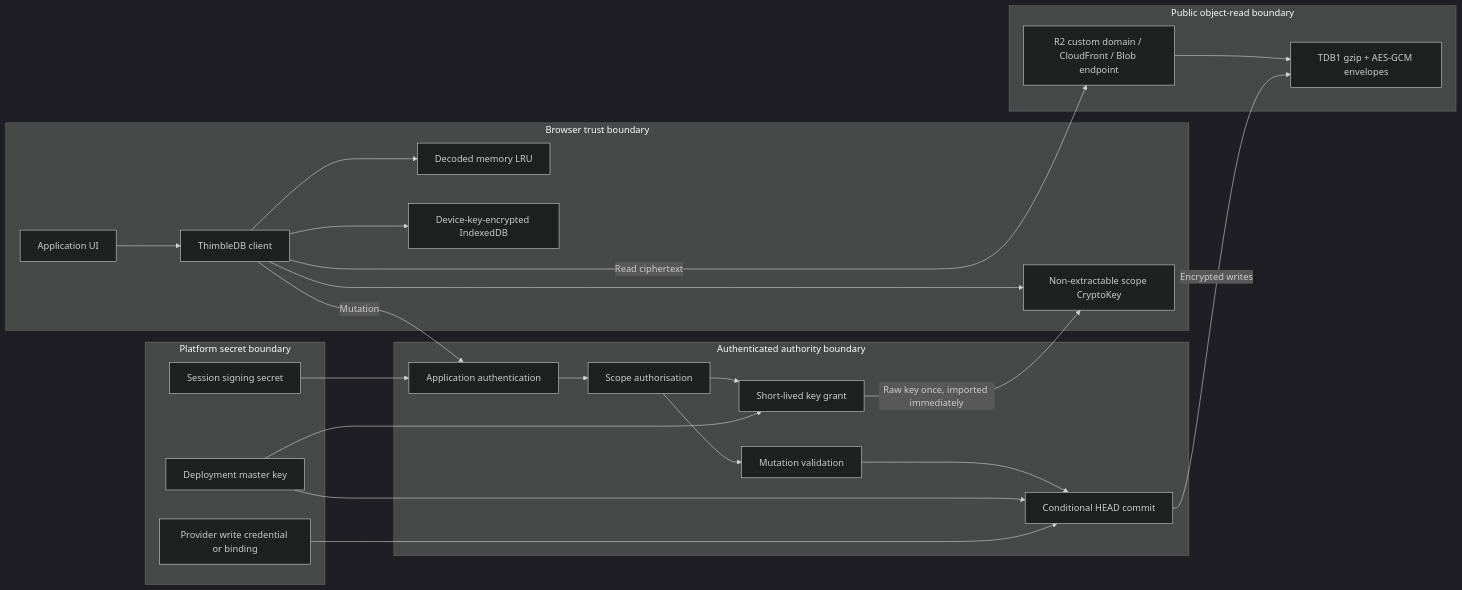
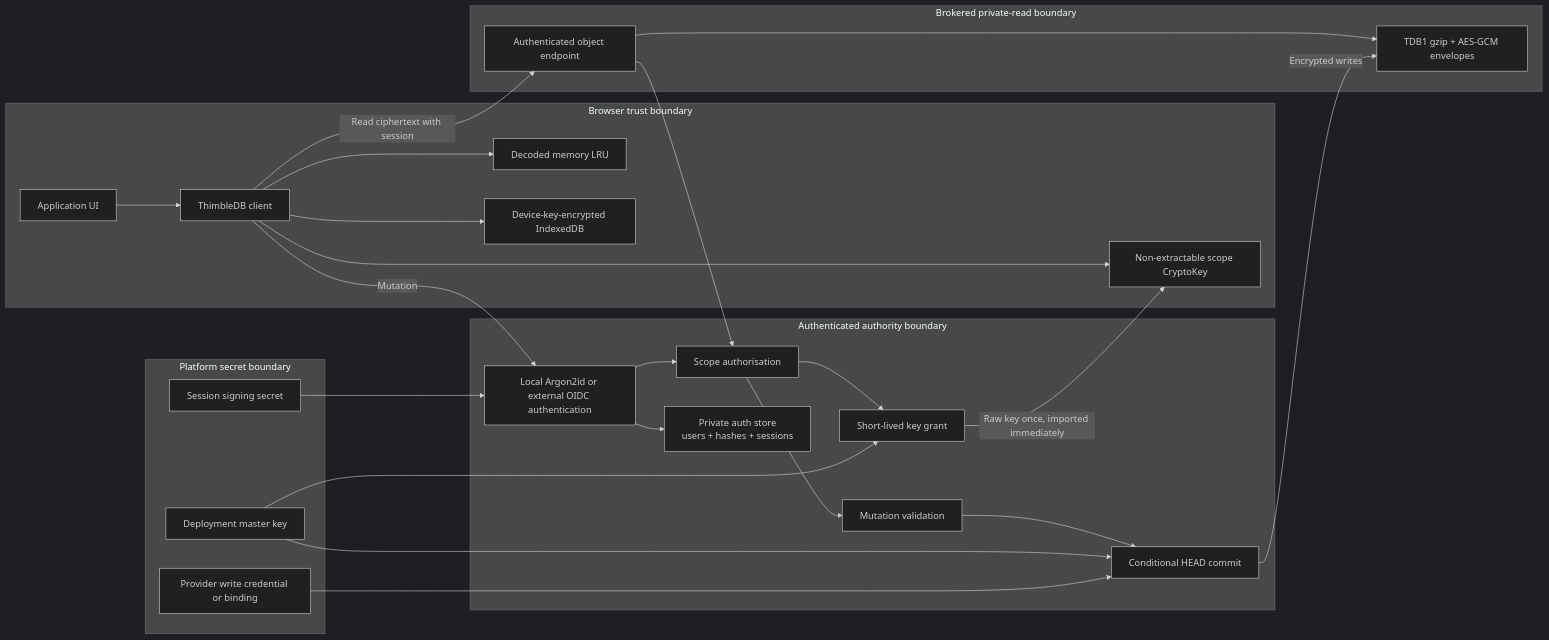
One commit to Jason-Doyle/thimble changed the first of 7 diagrams in docs/DIAGRAMS.md. Above: the diagram before and after it, drawn with Mermaid (dark theme). The commit also changed other lines of this file and 47 other files, not shown here.

First line of the commit message:
Add secure local and Entra authentication

````diff
--- a/docs/DIAGRAMS.md
+++ b/docs/DIAGRAMS.md
@@ -7,49 +7,52 @@
 ```mermaid
 flowchart LR
   subgraph Browser["Browser trust boundary"]
     UI["Application UI"]
     Client["ThimbleDB client"]
     Memory["Decoded memory LRU"]
     IDB["Device-key-encrypted IndexedDB"]
     ScopeKey["Non-extractable scope CryptoKey"]
 
     UI --> Client
     Client --> Memory
     Client --> IDB
     Client --> ScopeKey
   end
 
-  subgraph PublicRead["Public object-read boundary"]
-    CDN["R2 custom domain / CloudFront / Blob endpoint"]
+  subgraph BrokeredRead["Brokered private-read boundary"]
+    CDN["Authenticated object endpoint"]
     Objects["TDB1 gzip + AES-GCM envelopes"]
     CDN --> Objects
   end
 
   subgraph Authority["Authenticated authority boundary"]
-    Auth["Application authentication"]
+    Auth["Local Argon2id or external OIDC authentication"]
     Authorise["Scope authorisation"]
     KeyGrant["Short-lived key grant"]
     Validate["Mutation validation"]
     Commit["Conditional HEAD commit"]
+    AuthStore["Private auth store<br/>users + hashes + sessions"]
 
+    Auth --> AuthStore
     Auth --> Authorise
     Authorise --> KeyGrant
     Authorise --> Validate
     Validate --> Commit
   end
 
   subgraph Secrets["Platform secret boundary"]
     Master["Deployment master key"]
     Session["Session signing secret"]
     WriteCreds["Provider write credential or binding"]
   end
 
-  Client -- "Read ciphertext" --> CDN
+  Client -- "Read ciphertext with session" --> CDN
+  CDN --> Authorise
   Client -- "Mutation" --> Auth
   KeyGrant -- "Raw key once, imported immediately" --> ScopeKey
   Commit -- "Encrypted writes" --> Objects
   Master --> KeyGrant
   Master --> Commit
   Session --> Auth
   WriteCreds --> Commit
 ```
````
